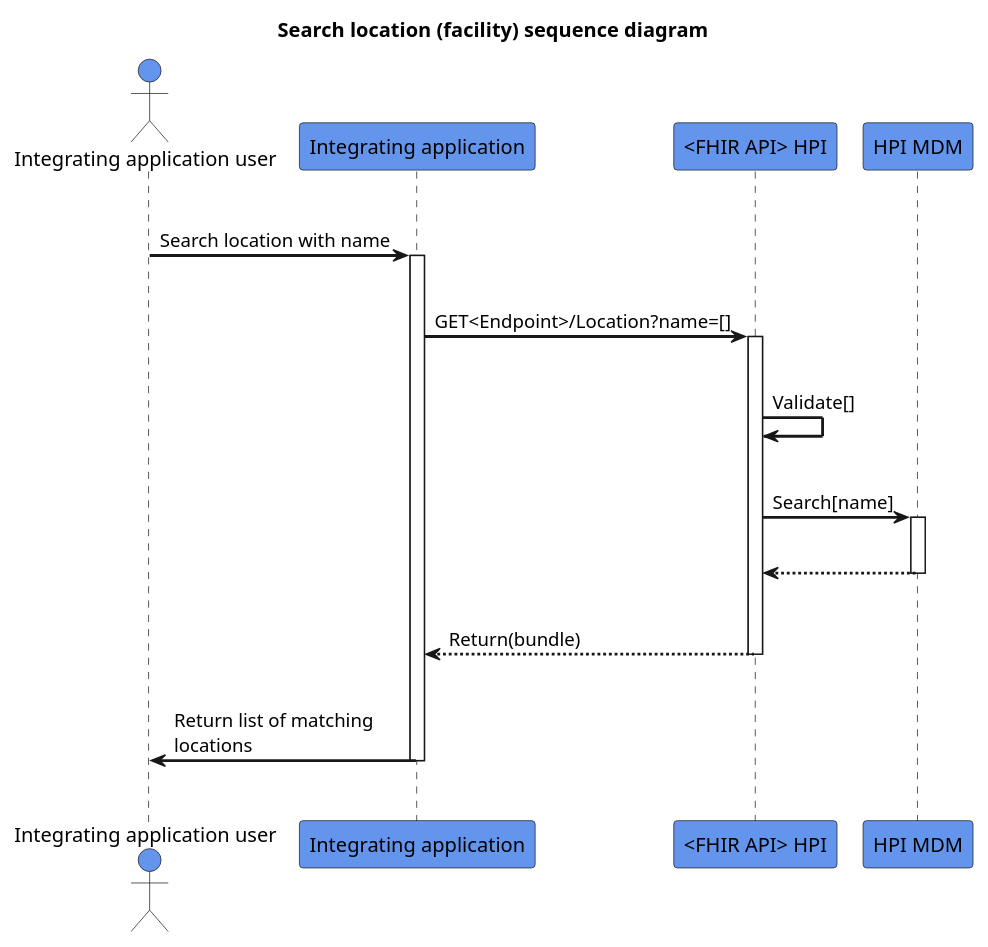
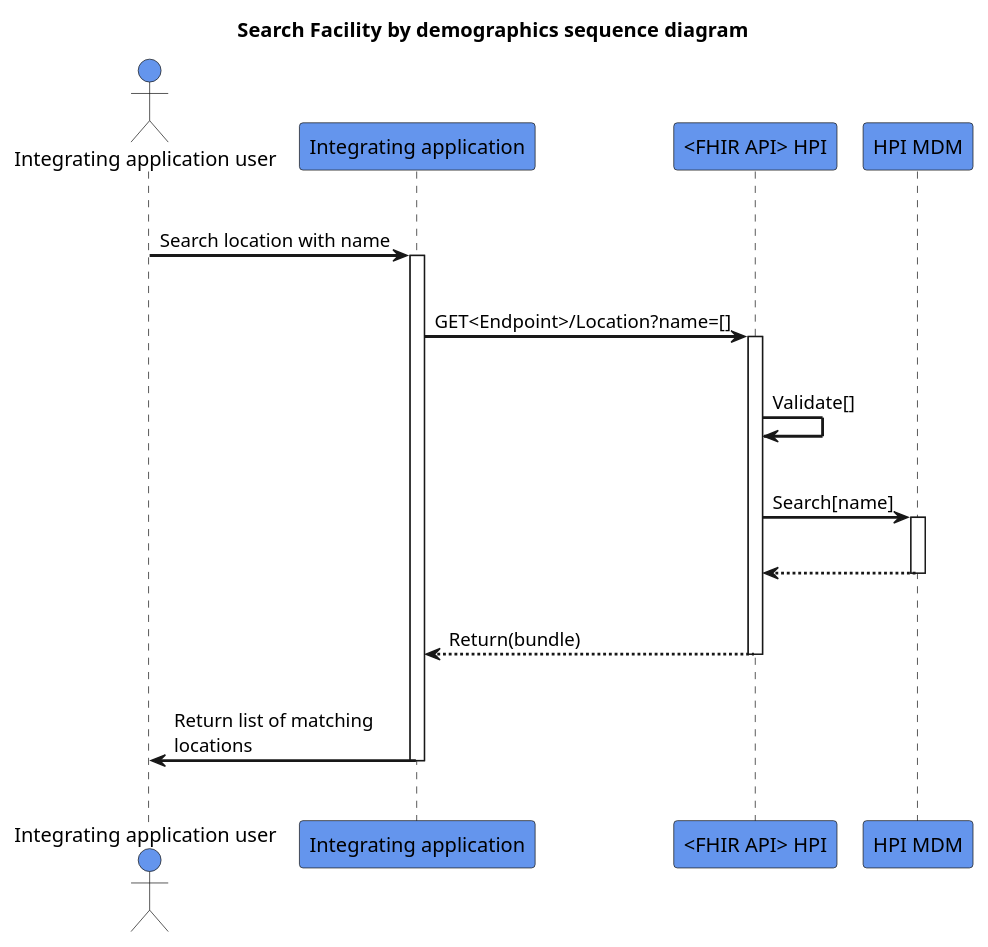
One commit to HL7NZ/hpi changed the diagram in input/images-source/search-locationwithname.plantuml. Above: the diagram before and after it, drawn with PlantUML.

```diff
--- a/input/images-source/search-locationwithname.plantuml
+++ b/input/images-source/search-locationwithname.plantuml
@@ -1,32 +1,32 @@
 @startuml
 skinparam sequenceArrowThickness 2
 skinparam roundcorner 5
 skinparam maxmessagesize 180
 skinparam sequenceParticipant bold
-title Search location (facility) sequence diagram
+title Search Facility by demographics sequence diagram
 actor "Integrating application user" as User #CornflowerBlue
 participant "Integrating application" as A #CornflowerBlue
 participant "<FHIR API> HPI" as B #CornflowerBlue
 participant "HPI MDM" as C #CornflowerBlue
 |||
 User -> A: Search location with name
 activate A
 |||
 A -> B: GET<Endpoint>/Location?name=[]
 activate B
 |||
 B -> B: Validate[]
 |||
 B -> C: Search[name]
 activate C
 |||
 C -[dashed]-> B:  
 deactivate C
 |||
 B -[dashed]-> A:Return(bundle)
 deactivate B
 |||
 A -> User: Return list of matching locations
 deactivate A
 |||
 @enduml
```
